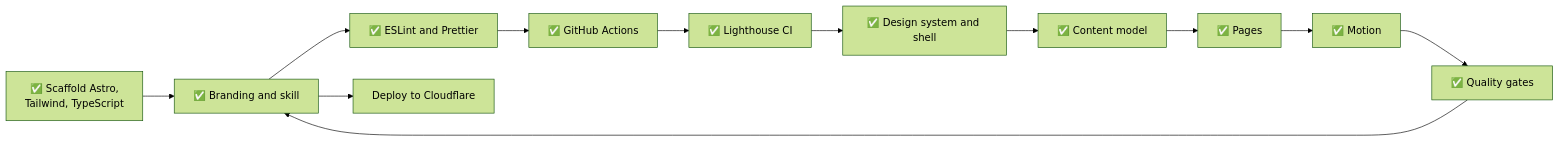
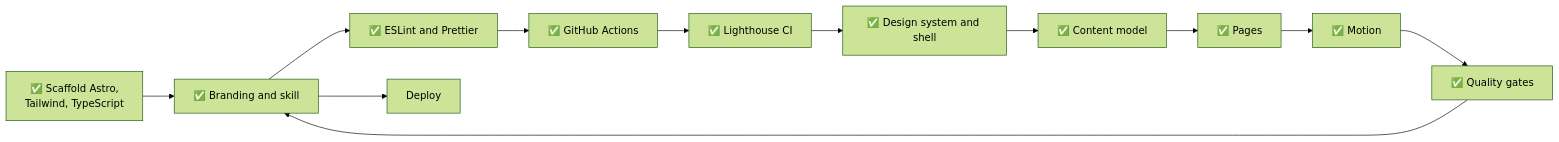
Before and after one commit to FilipRokita/filiprokita.com: the diagram in README.md, drawn with Mermaid (forest theme). The commit also changed other lines of this file, not shown here.

Commit message:
Remove hosting from the README stack

````diff
--- a/README.md
+++ b/README.md
@@ -88,14 +86,14 @@
 ```mermaid
 flowchart LR
     A[✅ Scaffold Astro,<br/>Tailwind, TypeScript] --> B[✅ README and docs]
     B --> C[✅ ESLint and Prettier]
     C --> D[✅ GitHub Actions]
     D --> E[✅ Lighthouse CI]
     E --> F[✅ Design system and shell]
     F --> M[✅ Content model]
     M --> G[✅ Pages]
     G --> P[✅ Motion]
     P --> Q[✅ Quality gates]
     Q --> B[✅ Branding and skill]
-    B --> H[Deploy to Cloudflare]
+    B --> H[Deploy]
 ```
````
